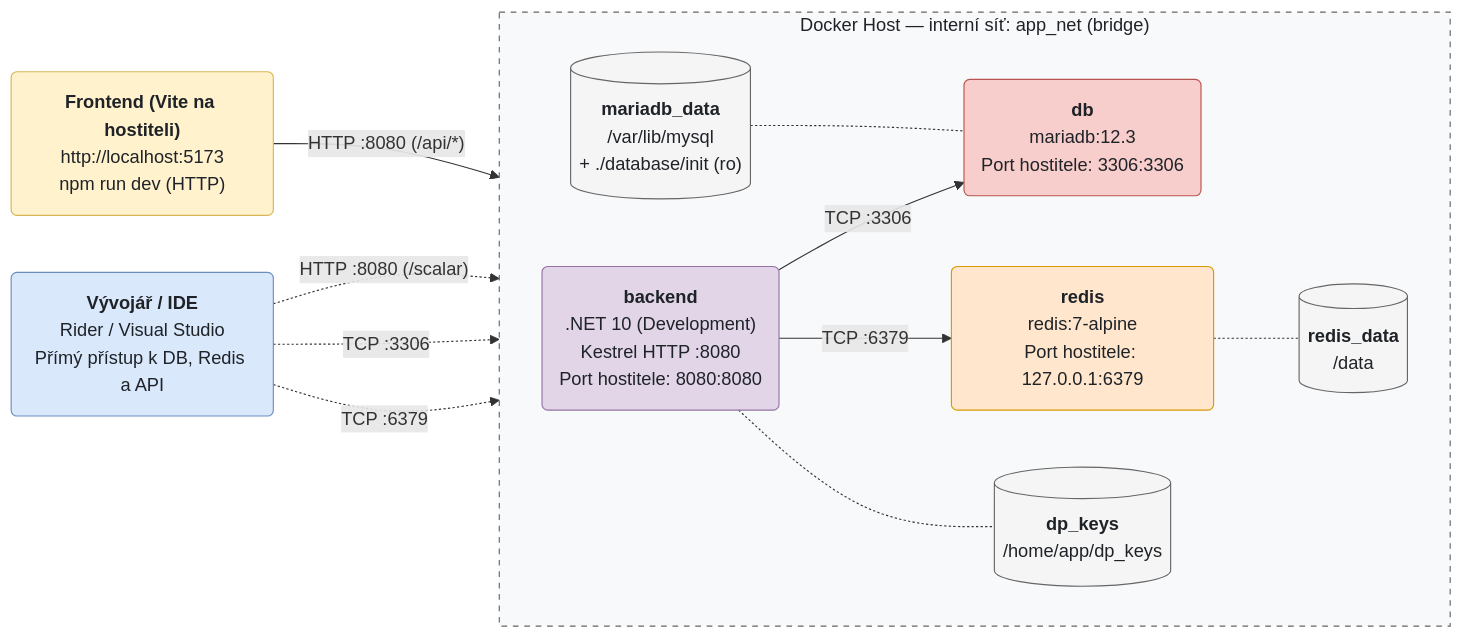
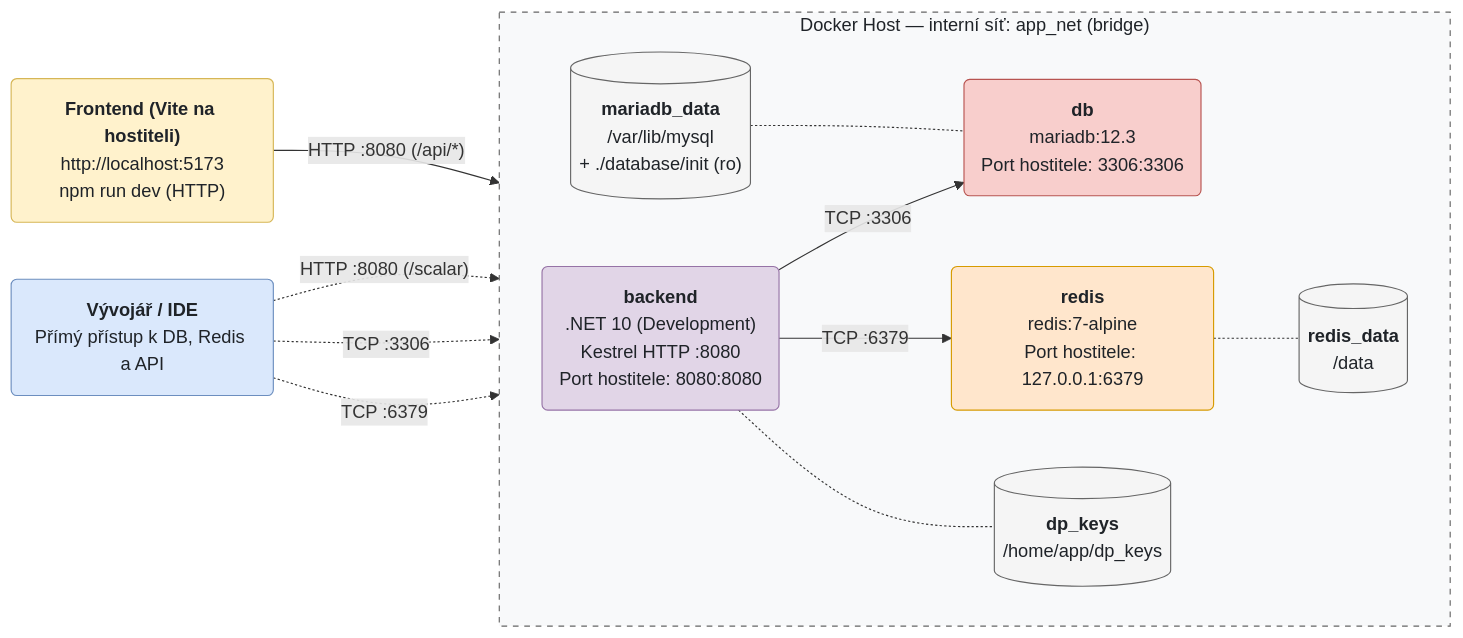
One commit to Trpkadev/NNPRO changed the first of 4 diagrams in README.md. Above: the diagram before and after it, drawn with Mermaid. The commit also changed 2 other files, not shown here.

Commit message:
scalar upgrade, readme fix, migraiton

````diff
--- a/README.md
+++ b/README.md
@@ -55,35 +55,35 @@
 ```mermaid
 flowchart LR
     vite("<b>Frontend (Vite na hostiteli)</b><br/>http://localhost:5173<br/>npm run dev (HTTP)"):::frontend
-    ide("<b>Vývojář / IDE</b><br/>Rider / Visual Studio<br/>Přímý přístup k DB, Redis a API"):::client
+    ide("<b>Vývojář / IDE</b><br/>Přímý přístup k DB, Redis a API"):::client
 
     subgraph app_net["Docker Host — interní síť: app_net (bridge)"]
         direction LR
         backend("<b>backend</b><br/>.NET 10 (Development)<br/>Kestrel HTTP :8080<br/>Port hostitele: 8080:8080"):::backend
         db("<b>db</b><br/>mariadb:12.3<br/>Port hostitele: 3306:3306"):::db
         redis("<b>redis</b><br/>redis:7-alpine<br/>Port hostitele: 127.0.0.1:6379"):::redis
 
         dp_keys[("<b>dp_keys</b><br/>/home/app/dp_keys")]:::vol
         mariadb_data[("<b>mariadb_data</b><br/>/var/lib/mysql<br/>+ ./database/init (ro)")]:::vol
         redis_data[("<b>redis_data</b><br/>/data")]:::vol
 
         backend -->|"TCP :3306"| db
         backend -->|"TCP :6379"| redis
         backend -.- dp_keys
         mariadb_data -.- db
         redis -.- redis_data
     end
 
     vite -->|"HTTP :8080 (/api/*)"| backend
     ide -.->|"HTTP :8080 (/scalar)"| backend
     ide -.->|"TCP :3306"| db
     ide -.->|"TCP :6379"| redis
 
     style app_net fill:#f8f9fa,stroke:#666666,stroke-dasharray: 5 5,color:#1f2328
     classDef client fill:#dae8fc,stroke:#6c8ebf,color:#1f2328
     classDef frontend fill:#fff2cc,stroke:#d6b656,color:#1f2328
     classDef backend fill:#e1d5e7,stroke:#9673a6,color:#1f2328
     classDef db fill:#f8cecc,stroke:#b85450,color:#1f2328
     classDef redis fill:#ffe6cc,stroke:#d79b00,color:#1f2328
     classDef vol fill:#f5f5f5,stroke:#666666,color:#1f2328
 ```
````
